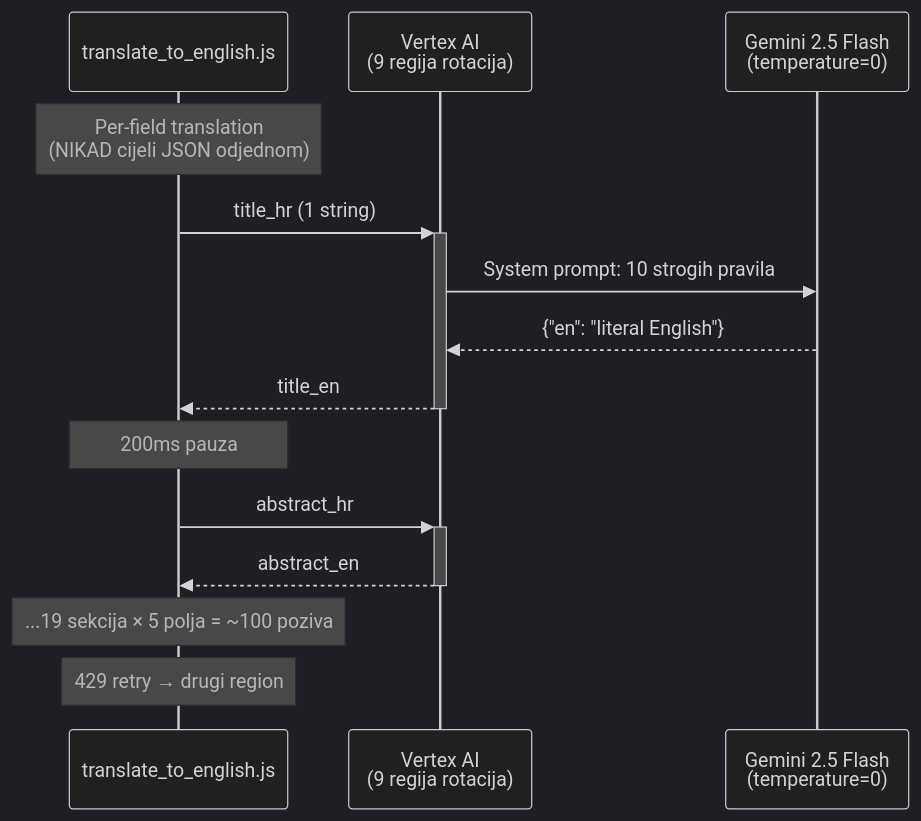
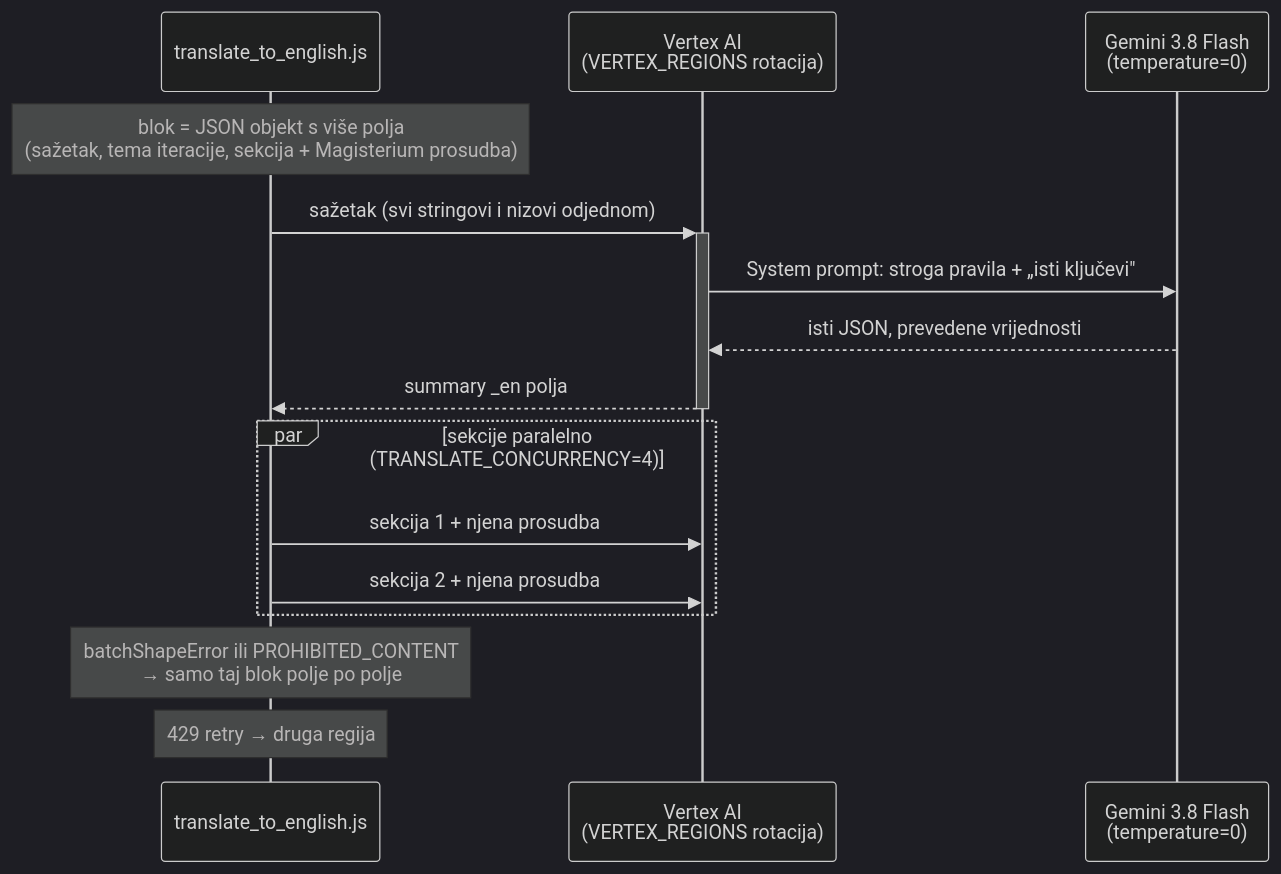
One commit to domovinatv/fetch.domovina.tv changed the fourth of 11 diagrams in docs/PIPELINE.md. Above: the diagram before and after it, drawn with Mermaid (dark theme). The commit also changed other lines of this file and 6 other files, not shown here.

First line of the commit message:
docs(pipeline): mermaid dijagrami usklađeni sa stanjem od 24.10.

````diff
--- a/docs/PIPELINE.md
+++ b/docs/PIPELINE.md
@@ -181,17 +201,18 @@
 ```mermaid
 sequenceDiagram
     participant T as translate_to_english.js
-    participant V as Vertex AI<br/>(9 regija rotacija)
-    participant G as Gemini 2.5 Flash<br/>(temperature=0)
+    participant V as Vertex AI<br/>(VERTEX_REGIONS rotacija)
+    participant G as Gemini 3.8 Flash<br/>(temperature=0)
 
-    Note over T: Per-field translation<br/>(NIKAD cijeli JSON odjednom)
-    T->>+V: title_hr (1 string)
-    V->>G: System prompt: 10 strogih pravila
-    G-->>V: {"en": "literal English"}
-    V-->>-T: title_en
-    Note over T: 200ms pauza
-    T->>+V: abstract_hr
-    V-->>-T: abstract_en
-    Note over T: ...19 sekcija × 5 polja = ~100 poziva
-    Note over T: 429 retry → drugi region
+    Note over T: blok = JSON objekt s više polja<br/>(sažetak, tema iteracije, sekcija + Magisterium prosudba)
+    T->>+V: sažetak (svi stringovi i nizovi odjednom)
+    V->>G: System prompt: stroga pravila + „isti ključevi"
+    G-->>V: isti JSON, prevedene vrijednosti
+    V-->>-T: summary _en polja
+    par sekcije paralelno (TRANSLATE_CONCURRENCY=4)
+        T->>V: sekcija 1 + njena prosudba
+        T->>V: sekcija 2 + njena prosudba
+    end
+    Note over T: batchShapeError ili PROHIBITED_CONTENT<br/>→ samo taj blok polje po polje
+    Note over T: 429 retry → druga regija
 ```
````
